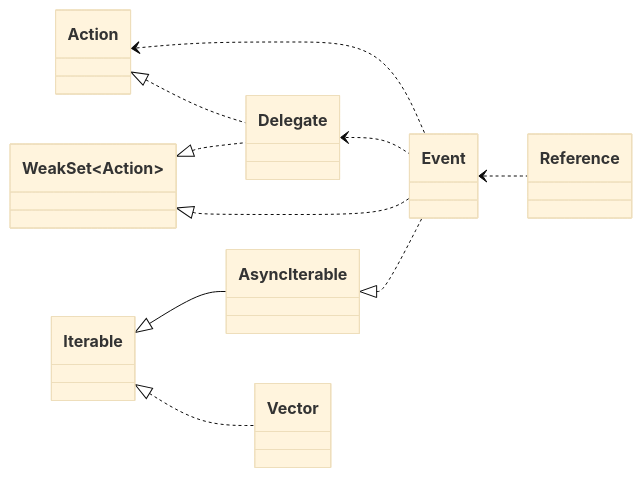
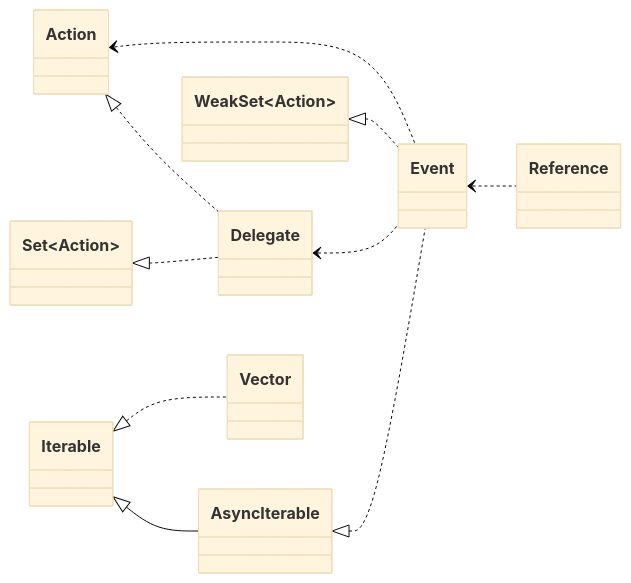
One commit to domrally/peekeasy changed the fourth of 4 diagrams in README.md. Above: the diagram before and after it, drawn with Mermaid (base theme).

````diff
--- a/README.md
+++ b/README.md
@@ -204,19 +204,19 @@
 ```mermaid
 classDiagram
     direction LR
     Action <.. Event
     Action <|.. Delegate
-    WeakSet~Action~ <|.. Delegate
+    Set~Action~ <|.. Delegate
     WeakSet~Action~ <|.. Event
     Delegate <.. Event
     AsyncIterable <|.. Event
     Event <.. Reference
     Iterable <|-- AsyncIterable
     Iterable <|.. Vector
     class Delegate
     link Delegate "https://github.com/domrally/peekeasy/blob/main/src/delegate.ts" "delegate.ts"
     class Event
     link Event "https://github.com/domrally/peekeasy/blob/main/src/event.ts" "event.ts"
     class Vector
     link Vector "https://github.com/domrally/peekeasy/blob/main/src/vector.ts" "vector.ts"
 ```
````
